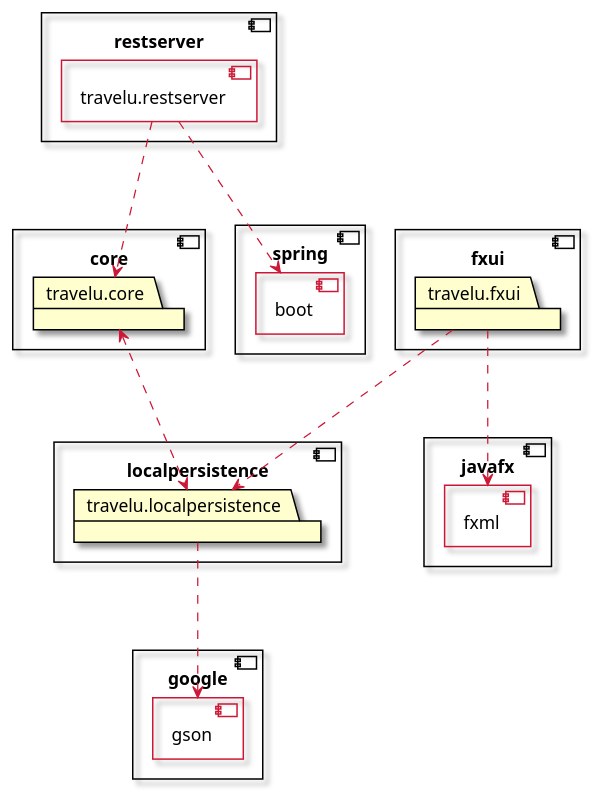
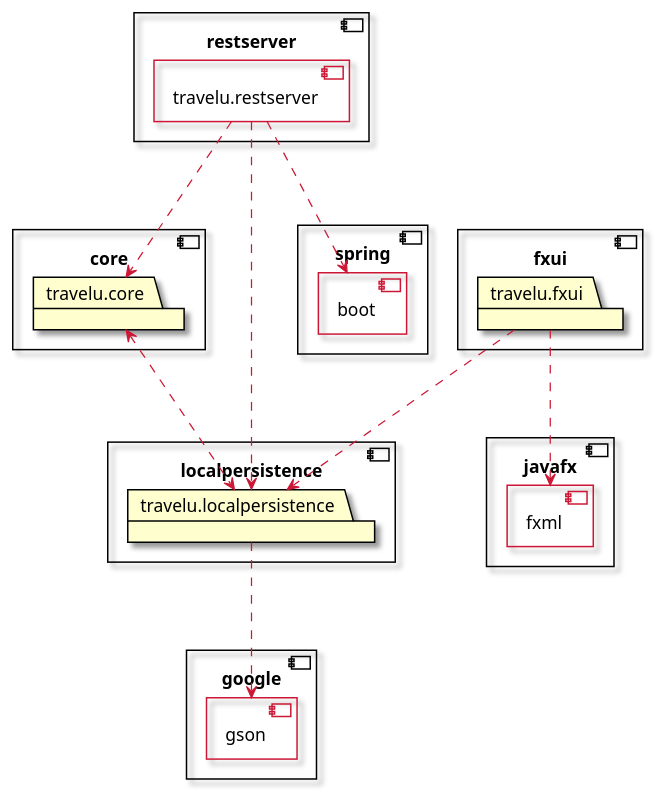
One commit to tbwiik/Travelu changed the diagram in docs/packageDiagram.plantuml. Above: the diagram before and after it, drawn with PlantUML.

Commit message:
docs: update for latest version

```diff
--- a/docs/packageDiagram.plantuml
+++ b/docs/packageDiagram.plantuml
@@ -1,55 +1,56 @@
 @startuml packageDiagram 
 skin rose
 
 component restserver {
   [travelu.restserver] <<inside>>
 }
 
 component fxui {
   package travelu.fxui {
 }
 }
 
 component core {
   package travelu.core {
 }
 }
 
 component localpersistence {
   package travelu.localpersistence {
 }
 }
 
 component spring {
   [boot] <<inside>>
 }
 
 component javafx {
   [fxml] <<inside>>
 }
 
 component google {
   [gson] <<inside>>
 }
 
 skinparam Component {
   BackgroundColor transparent
   BorderColor black
   BorderColor<<inside>> #cc1836
 }
 
 skinparam ComponentBorderThickness 1.2
 skinparam PackageBorderThickness 1.2
 skinparam PackageBorderColor black
 skinparam ArrowColor #cc1836
 
 HIDE <<inside>> stereotype
 
 
 travelu.fxui ...> fxml
 travelu.fxui ...> travelu.localpersistence
 travelu.localpersistence ...> gson
 travelu.core <...> travelu.localpersistence
 travelu.restserver ...> travelu.core
 travelu.restserver ...> boot
+travelu.restserver ...> travelu.localpersistence
 @enduml
```
